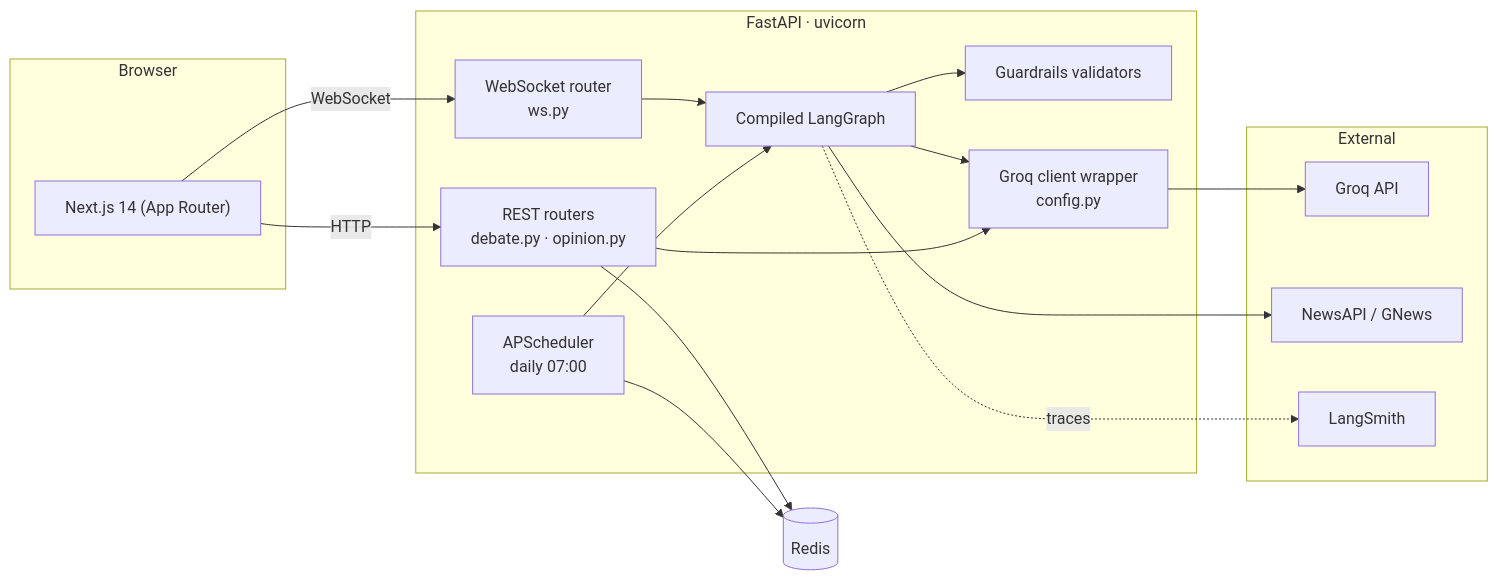
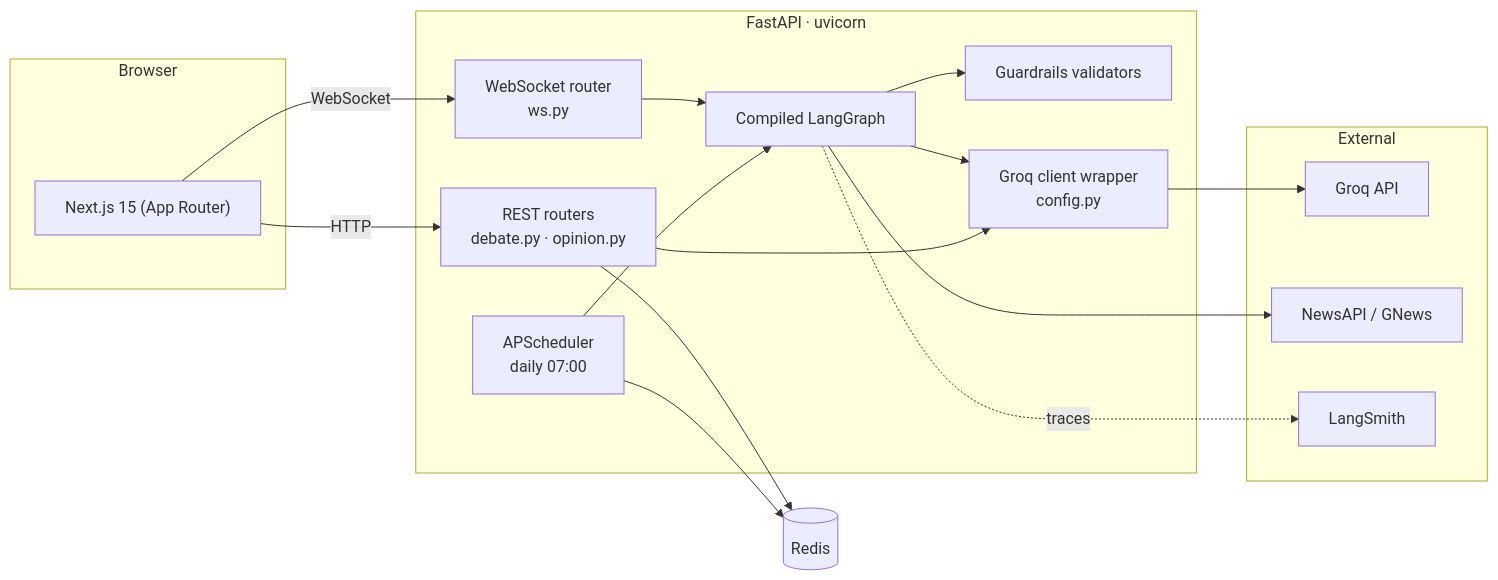
The first of 6 diagrams in ARCHITECTURE.md (HarishkannaR11/Multi-Agent-News-Debate), drawn with Mermaid before and after one commit. The commit also changed 6 other files, not shown here.

````diff
--- a/ARCHITECTURE.md
+++ b/ARCHITECTURE.md
@@ -45,36 +45,36 @@
 ```mermaid
 flowchart LR
     subgraph Client["Browser"]
-        UI["Next.js 14 (App Router)"]
+        UI["Next.js 15 (App Router)"]
     end
 
     subgraph Backend["FastAPI · uvicorn"]
         REST["REST routers<br/>debate.py · opinion.py"]
         WSR["WebSocket router<br/>ws.py"]
         SCHED["APScheduler<br/>daily 07:00"]
         GRAPH["Compiled LangGraph"]
         GUARD["Guardrails validators"]
         LLM["Groq client wrapper<br/>config.py"]
     end
 
     subgraph Ext["External"]
         GROQ["Groq API"]
         NEWS["NewsAPI / GNews"]
         LS["LangSmith"]
     end
 
     REDIS[("Redis")]
 
     UI -->|"HTTP"| REST
     UI -->|"WebSocket"| WSR
     WSR --> GRAPH
     SCHED --> GRAPH
     GRAPH --> GUARD
     GRAPH --> LLM
     GRAPH --> NEWS
     REST --> REDIS
     SCHED --> REDIS
     REST --> LLM
     LLM --> GROQ
     GRAPH -.->|"traces"| LS
 ```
````
